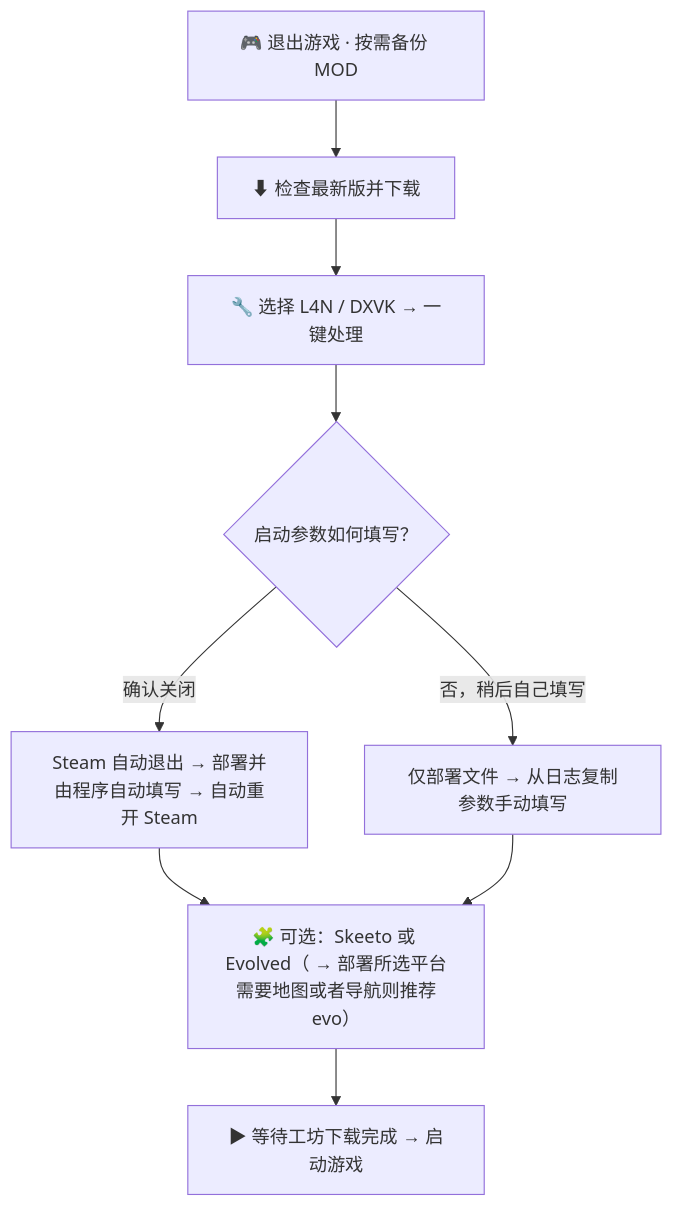
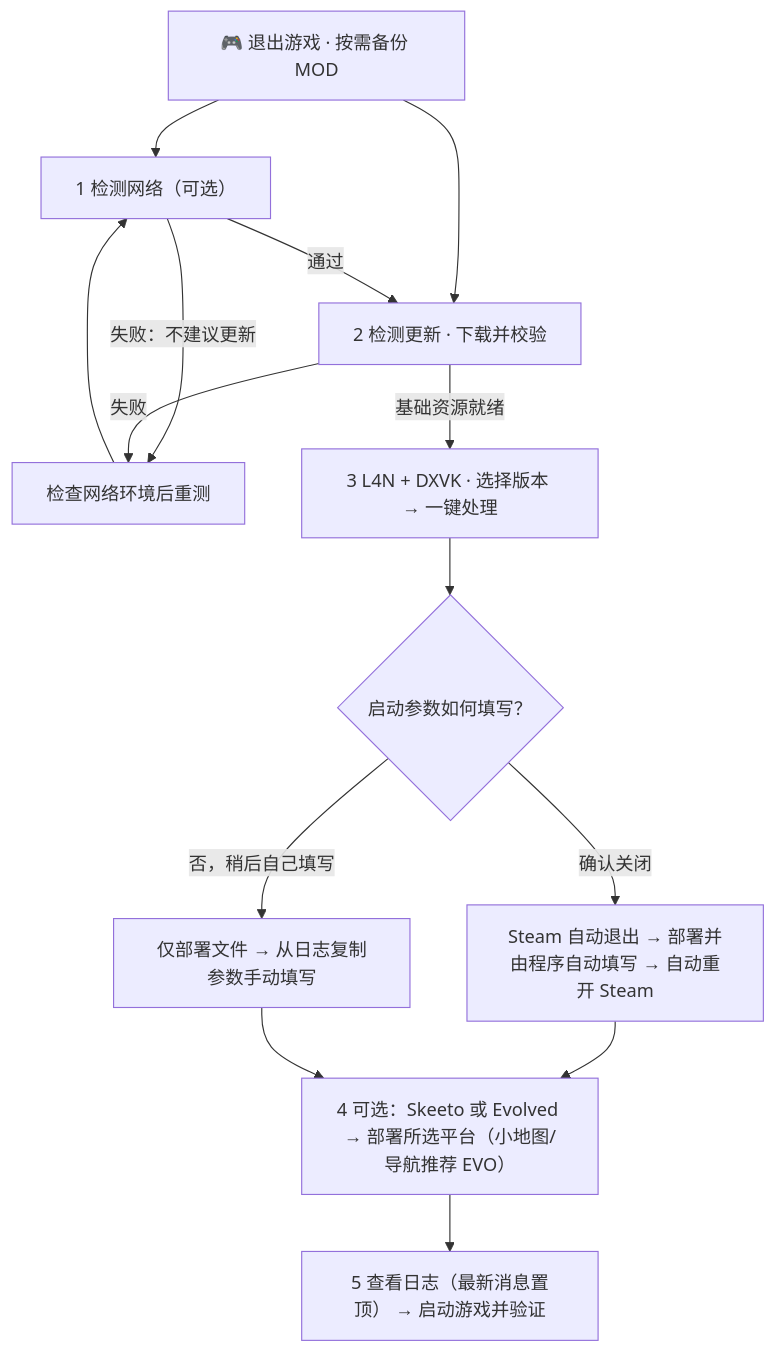
The diagram in docs/使用教程.md (STC214/L4D2Fix_DXVK_L4N_), drawn with Mermaid before and after one commit. The commit also changed other lines of this file and 10 other files, not shown here.

````diff
--- a/docs/使用教程.md
+++ b/docs/使用教程.md
@@ -7,11 +7,16 @@
 ```mermaid
 flowchart TD
-    A["🎮 退出游戏 · 按需备份 MOD"] --> B["⬇ 检查最新版并下载"]
-    B --> C["🔧 选择 L4N / DXVK → 一键处理"]
+    A["🎮 退出游戏 · 按需备份 MOD"] --> N["1 检测网络（可选）"]
+    A --> B["2 检测更新 · 下载并校验"]
+    N -->|通过| B
+    N -->|失败：不建议更新| R["检查网络环境后重测"]
+    B -->|失败| R
+    R --> N
+    B -->|基础资源就绪| C["3 L4N + DXVK · 选择版本 → 一键处理"]
     C --> D{"启动参数如何填写？"}
     D -->|确认关闭| E["Steam 自动退出 → 部署并由程序自动填写 → 自动重开 Steam"]
     D -->|否，稍后自己填写| F["仅部署文件 → 从日志复制参数手动填写"]
-    E --> G["🧩 可选：Skeeto 或 Evolved（ → 部署所选平台需要地图或者导航则推荐evo）"]
+    E --> G["4 可选：Skeeto 或 Evolved → 部署所选平台（小地图/导航推荐 EVO）"]
     F --> G
-    G --> H["▶ 等待工坊下载完成 → 启动游戏"]
+    G --> H["5 查看日志（最新消息置顶） → 启动游戏并验证"]
 ```
````
